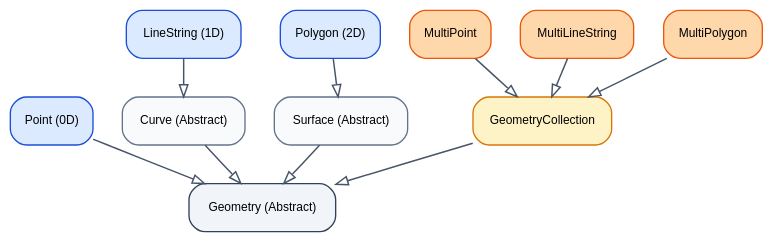
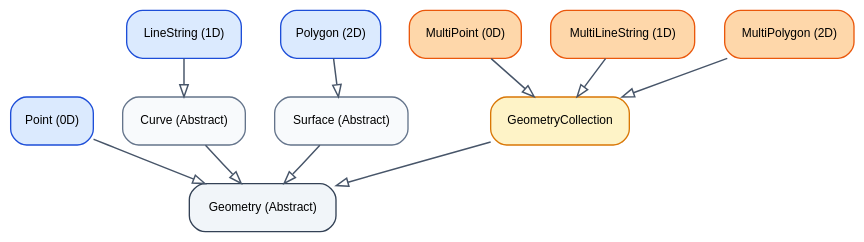
The fifth of 5 diagrams in slides/20-d_arquitectura_y_estandares_ogc.qmd (Danesvv/BDE-nestor), drawn with Graphviz before and after one commit. The commit also changed other lines of this file and 85 other files, not shown here.

````diff
--- a/slides/20-d_arquitectura_y_estandares_ogc.qmd
+++ b/slides/20-d_arquitectura_y_estandares_ogc.qmd
@@ -537,38 +659,39 @@
 ```{dot}
+//| label: dot-jerarquia-ogc
 //| fig-align: center
-//| fig-width: 8
+//| fig-width: 8.5
 //| fig-height: 3.5
 //| echo: false
 
 digraph G {
     graph [rankdir=TB, bgcolor="transparent", nodesep=0.3, ranksep=0.4, fontname="Helvetica"];
     node [shape=box, style="filled,rounded", fontname="Helvetica", fontsize=9, penwidth=1.0];
     edge [color="#475569", arrowhead=onormal, arrowsize=0.9, penwidth=1.1];
 
     root [label="Geometry (Abstract)", fillcolor="#f1f5f9", color="#334155"];
     point [label="Point (0D)", fillcolor="#dbeafe", color="#1d4ed8"];
     curve [label="Curve (Abstract)", fillcolor="#f8fafc", color="#64748b"];
     surface [label="Surface (Abstract)", fillcolor="#f8fafc", color="#64748b"];
     geomcoll [label="GeometryCollection", fillcolor="#fef3c7", color="#d97706"];
 
     linestring [label="LineString (1D)", fillcolor="#dbeafe", color="#1d4ed8"];
     polygon [label="Polygon (2D)", fillcolor="#dbeafe", color="#1d4ed8"];
 
-    multipoint [label="MultiPoint", fillcolor="#fed7aa", color="#ea580c"];
-    multilinestring [label="MultiLineString", fillcolor="#fed7aa", color="#ea580c"];
-    multipolygon [label="MultiPolygon", fillcolor="#fed7aa", color="#ea580c"];
+    multipoint [label="MultiPoint (0D)", fillcolor="#fed7aa", color="#ea580c"];
+    multilinestring [label="MultiLineString (1D)", fillcolor="#fed7aa", color="#ea580c"];
+    multipolygon [label="MultiPolygon (2D)", fillcolor="#fed7aa", color="#ea580c"];
 
     point -> root;
     curve -> root;
     surface -> root;
     geomcoll -> root;
 
     linestring -> curve;
     polygon -> surface;
 
     multipoint -> geomcoll;
     multilinestring -> geomcoll;
     multipolygon -> geomcoll;
 }
 
 ```
````
